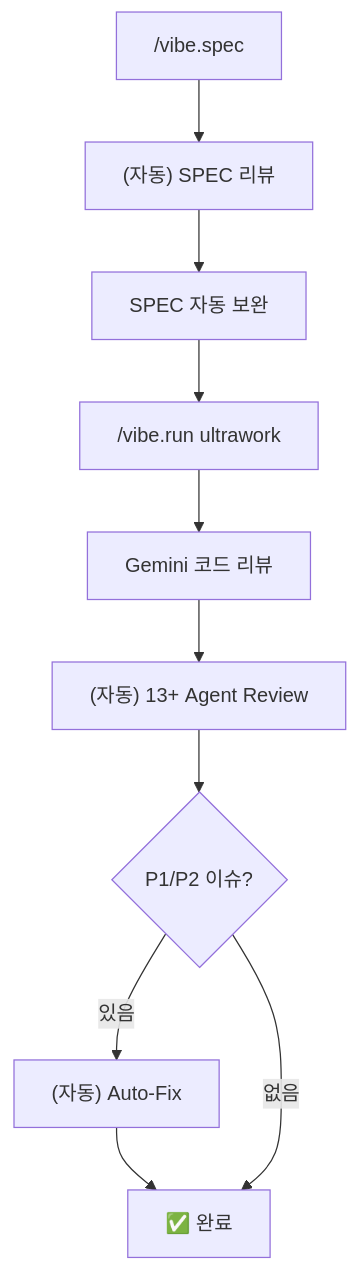
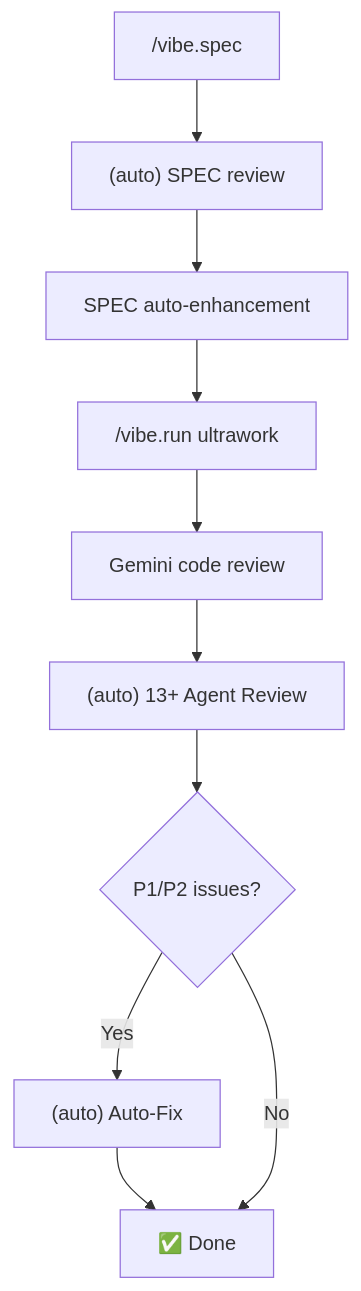
The diagram in CLAUDE.md (su-record/vibe), drawn with Mermaid before and after one commit. The commit also changed other lines of this file and 87 other files, not shown here.

````diff
--- a/CLAUDE.md
+++ b/CLAUDE.md
@@ -314,12 +315,12 @@
 ```mermaid
 flowchart TD
-    A["/vibe.spec"] --> B["(자동) SPEC 리뷰"]
-    B --> C["SPEC 자동 보완"]
+    A["/vibe.spec"] --> B["(auto) SPEC review"]
+    B --> C["SPEC auto-enhancement"]
     C --> D["/vibe.run ultrawork"]
-    D --> E["Gemini 코드 리뷰"]
-    E --> F["(자동) 13+ Agent Review"]
-    F --> G{"P1/P2 이슈?"}
-    G -->|있음| H["(자동) Auto-Fix"]
-    H --> I["✅ 완료"]
-    G -->|없음| I
+    D --> E["Gemini code review"]
+    E --> F["(auto) 13+ Agent Review"]
+    F --> G{"P1/P2 issues?"}
+    G -->|Yes| H["(auto) Auto-Fix"]
+    H --> I["✅ Done"]
+    G -->|No| I
 ```
````
